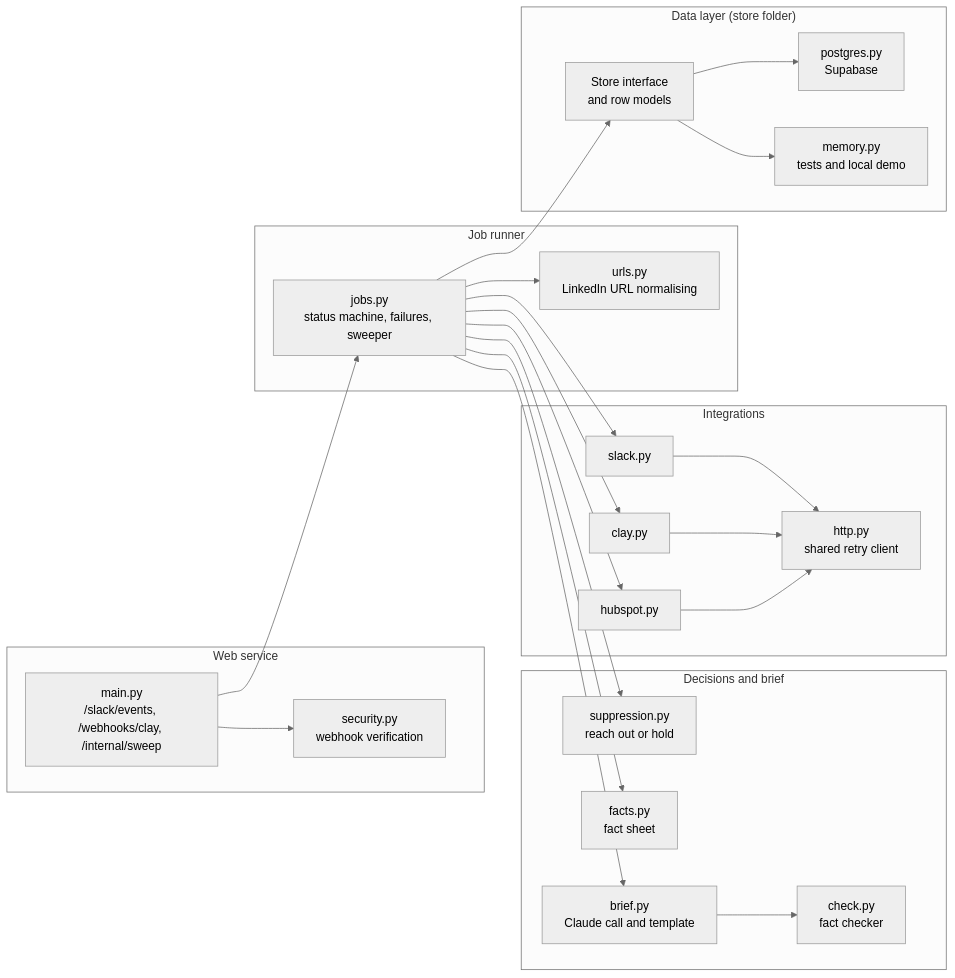
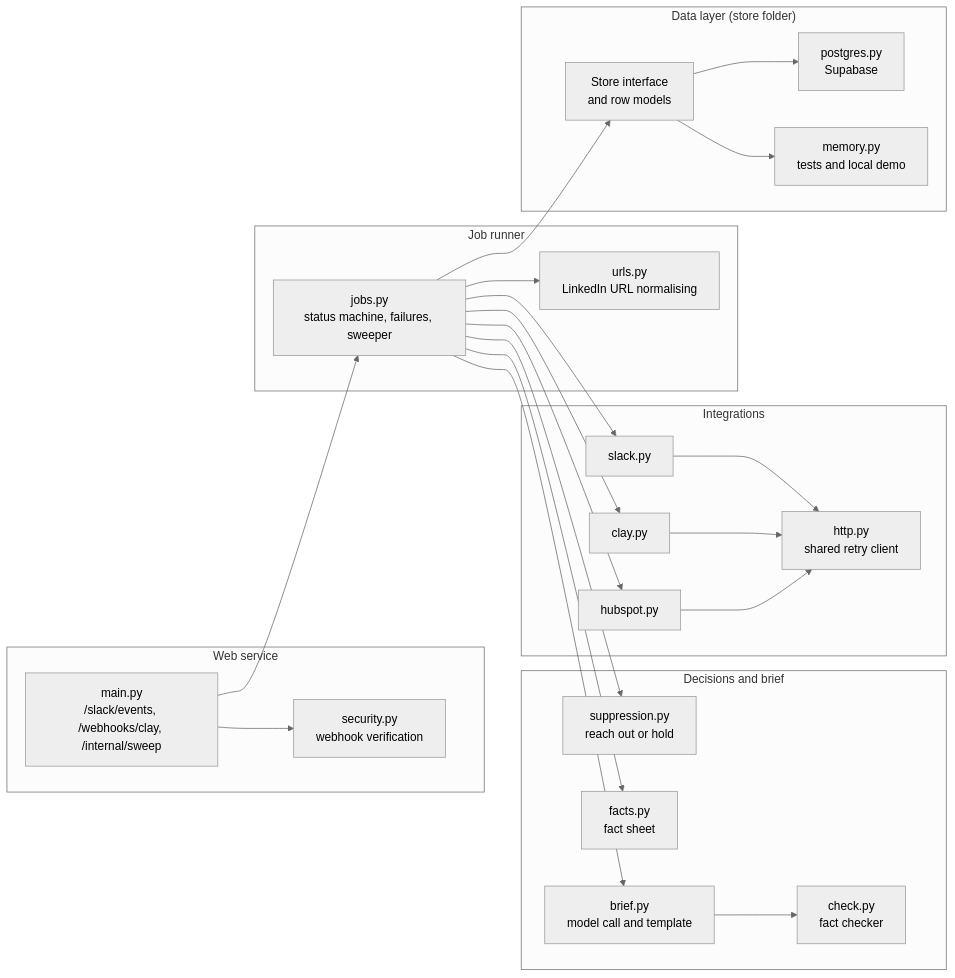
Before and after one commit to aloks1490/lead-research-bot: the second of 2 diagrams in README.md, drawn with Mermaid (neutral theme). The commit also changed other lines of this file and 7 other files, not shown here.

First line of the commit message:
Model provider is a setting: OpenAI-compatible endpoints or Claude

````diff
--- a/README.md
+++ b/README.md
@@ -208,44 +219,44 @@
 ```mermaid
 flowchart LR
     subgraph web["Web service"]
         main["main.py<br/>/slack/events, /webhooks/clay, /internal/sweep"]
         security["security.py<br/>webhook verification"]
     end
     subgraph runner["Job runner"]
         jobs["jobs.py<br/>status machine, failures, sweeper"]
         urls["urls.py<br/>LinkedIn URL normalising"]
     end
     subgraph decide["Decisions and brief"]
         suppression["suppression.py<br/>reach out or hold"]
         facts["facts.py<br/>fact sheet"]
-        brief["brief.py<br/>Claude call and template"]
+        brief["brief.py<br/>model call and template"]
         check["check.py<br/>fact checker"]
     end
     subgraph integrations["Integrations"]
         slack["slack.py"]
         clay["clay.py"]
         hubspot["hubspot.py"]
         http["http.py<br/>shared retry client"]
     end
     subgraph data["Data layer (store folder)"]
         store["Store interface<br/>and row models"]
         postgres["postgres.py<br/>Supabase"]
         memory["memory.py<br/>tests and local demo"]
     end
     main --> security
     main --> jobs
     jobs --> urls
     jobs --> suppression
     jobs --> facts
     jobs --> brief
     brief --> check
     jobs --> slack
     jobs --> clay
     jobs --> hubspot
     slack --> http
     clay --> http
     hubspot --> http
     jobs --> store
     store --> postgres
     store --> memory
 ```
````
